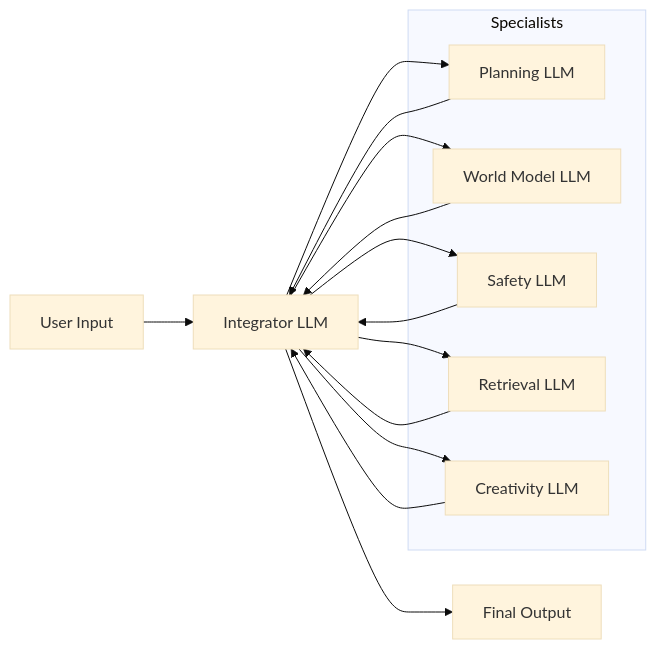
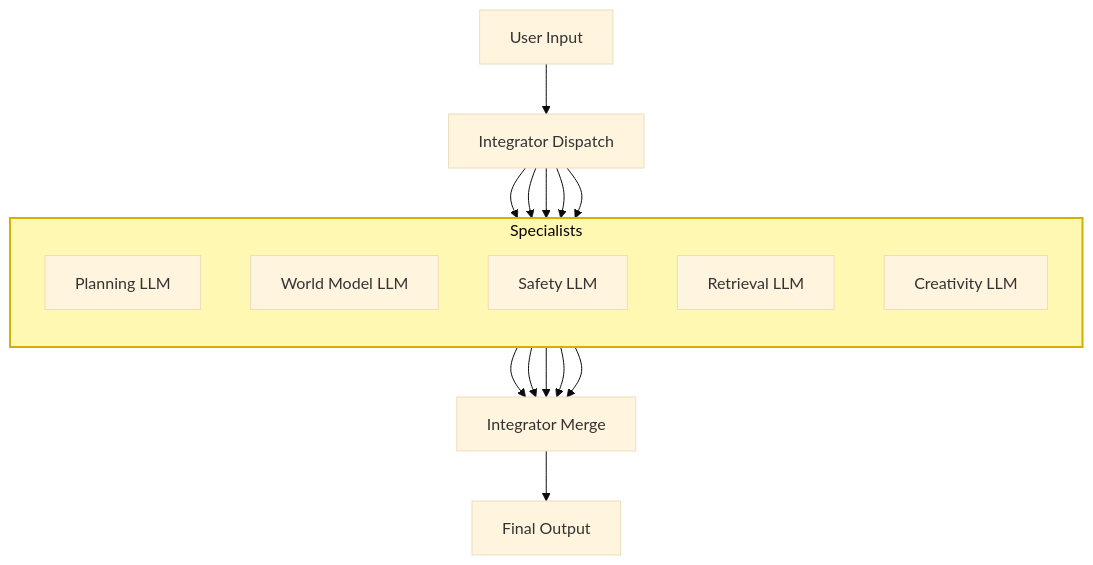
One commit to CuriousOne23/WhenMathPrays changed the first of 3 diagrams in docs/AI_Architecture_WhichWill_Scale.md. Above: the diagram before and after it, drawn with Mermaid (base theme). The commit also changed other lines of this file, not shown here.

First line of the commit message:
Refactor architecture diagrams for clarity and accuracy

````diff
--- a/docs/AI_Architecture_WhichWill_Scale.md
+++ b/docs/AI_Architecture_WhichWill_Scale.md
@@ -84,26 +84,34 @@
 ```mermaid
-flowchart LR
-    U[User Input] --> I[Integrator LLM]
+flowchart TB
+    U[User Input] --> ID[Integrator Dispatch]
 
-    subgraph Specialists
+    %% Specialists group with yellow background
+    subgraph SPEC[Specialists]
+        direction TB
         P[Planning LLM]
         W[World Model LLM]
         S[Safety LLM]
         R[Retrieval LLM]
         C[Creativity LLM]
     end
 
-    I --> P
-    I --> W
-    I --> S
-    I --> R
-    I --> C
+    %% Style the Specialists block
+    style SPEC fill:#fff8b3,stroke:#d4b100,stroke-width:2px
 
-    P --> I
-    W --> I
-    S --> I
-    R --> I
-    C --> I
+    %% Fan-out from Dispatch Integrator
+    ID --> P
+    ID --> W
+    ID --> S
+    ID --> R
+    ID --> C
 
-    I --> O[Final Output]
+    %% Fan-in to Merge Integrator
+    P --> IM[Integrator Merge]
+    W --> IM
+    S --> IM
+    R --> IM
+    C --> IM
+
+    %% Final Output
+    IM --> O[Final Output]
 ```
````
